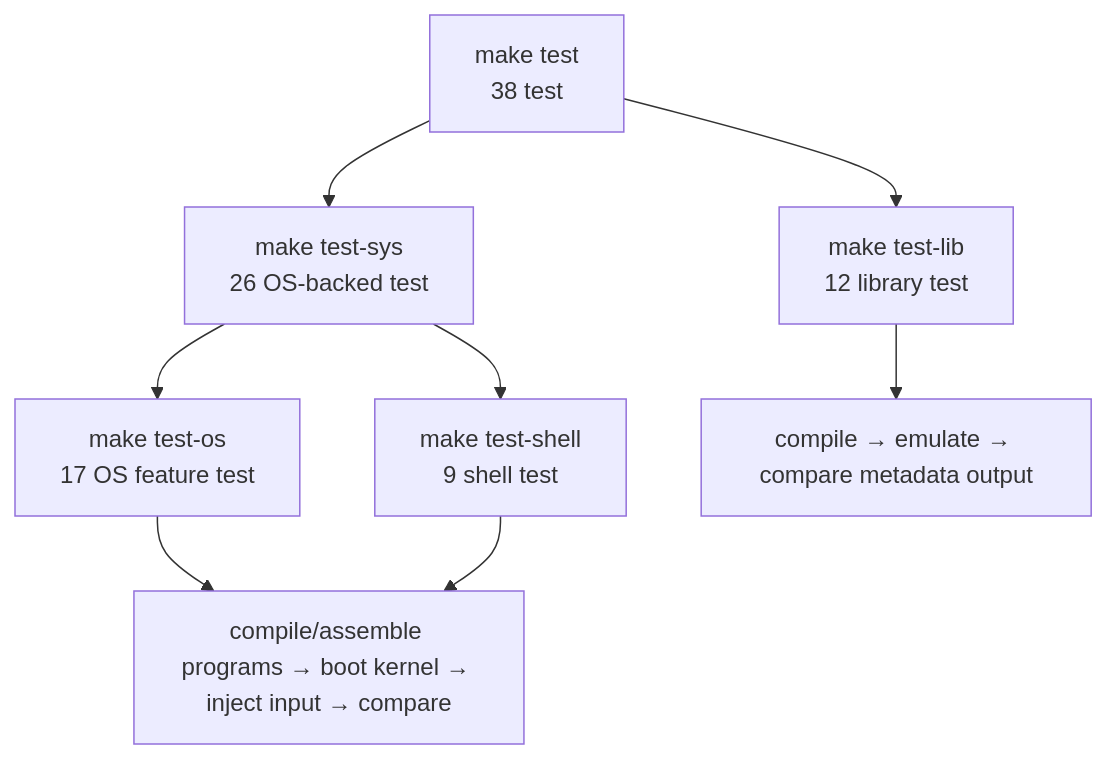
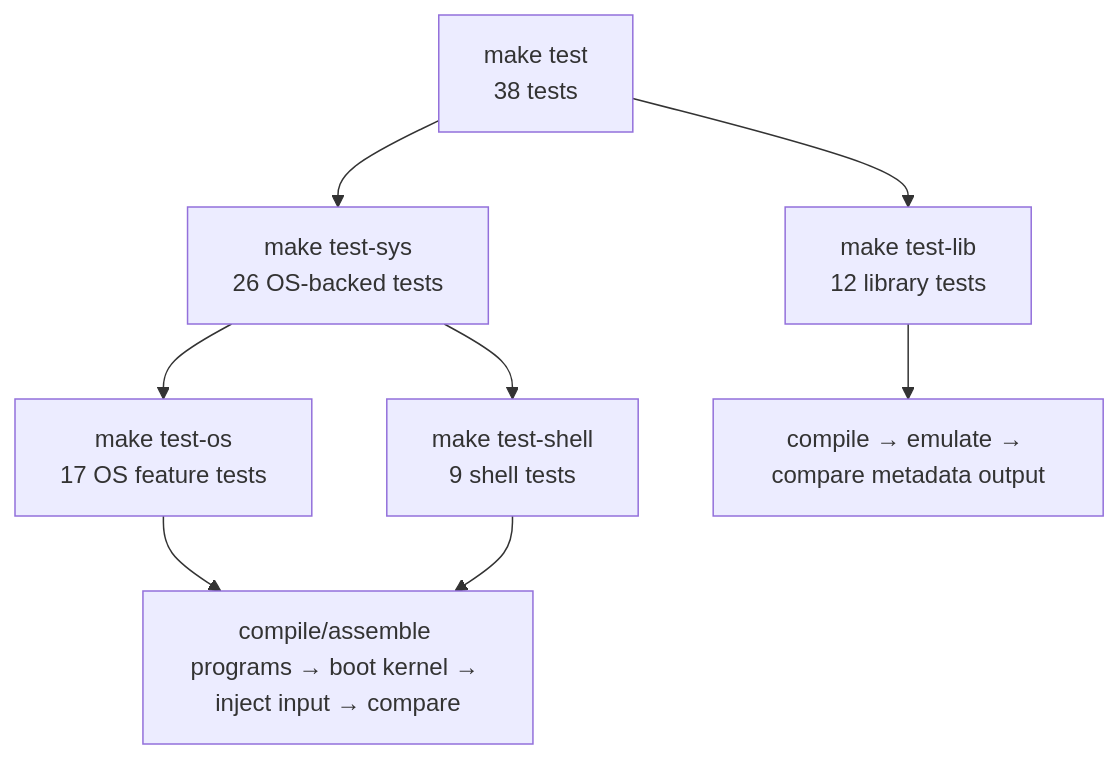
One commit to matthejue/Pico-OS changed diagram 17 of 18 in README.md. Above: the diagram before and after it, drawn with Mermaid. The commit also changed other lines of this file, not shown here.

Commit message:
updated README.md to document all 11 userspace applications and shell built-ins, add SRAM and binary-size calculations, and explain application behavior in detail.

````diff
--- a/README.md
+++ b/README.md
@@ -2691,10 +2794,10 @@
 ```mermaid
 flowchart TD
-    T["make test<br/>38 test"] --> L["make test-lib<br/>12 library test"]
-    T --> S["make test-sys<br/>26 OS-backed test"]
-    S --> O["make test-os<br/>17 OS feature test"]
-    S --> H["make test-shell<br/>9 shell test"]
+    T["make test<br/>38 tests"] --> L["make test-lib<br/>12 library tests"]
+    T --> S["make test-sys<br/>26 OS-backed tests"]
+    S --> O["make test-os<br/>17 OS feature tests"]
+    S --> H["make test-shell<br/>9 shell tests"]
     L --> C["compile → emulate → compare metadata output"]
     O --> K["compile/assemble programs → boot kernel → inject input → compare"]
     H --> K
 ```
````
